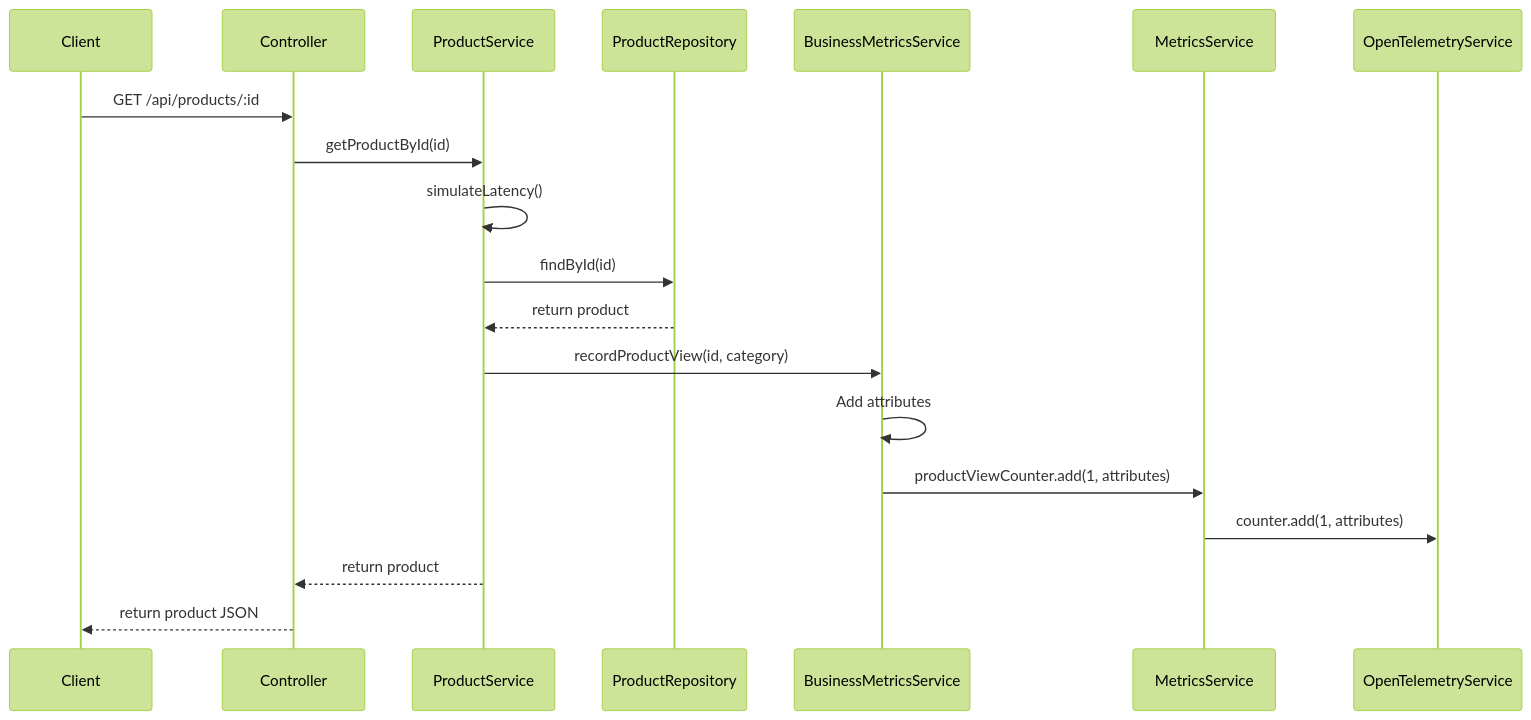
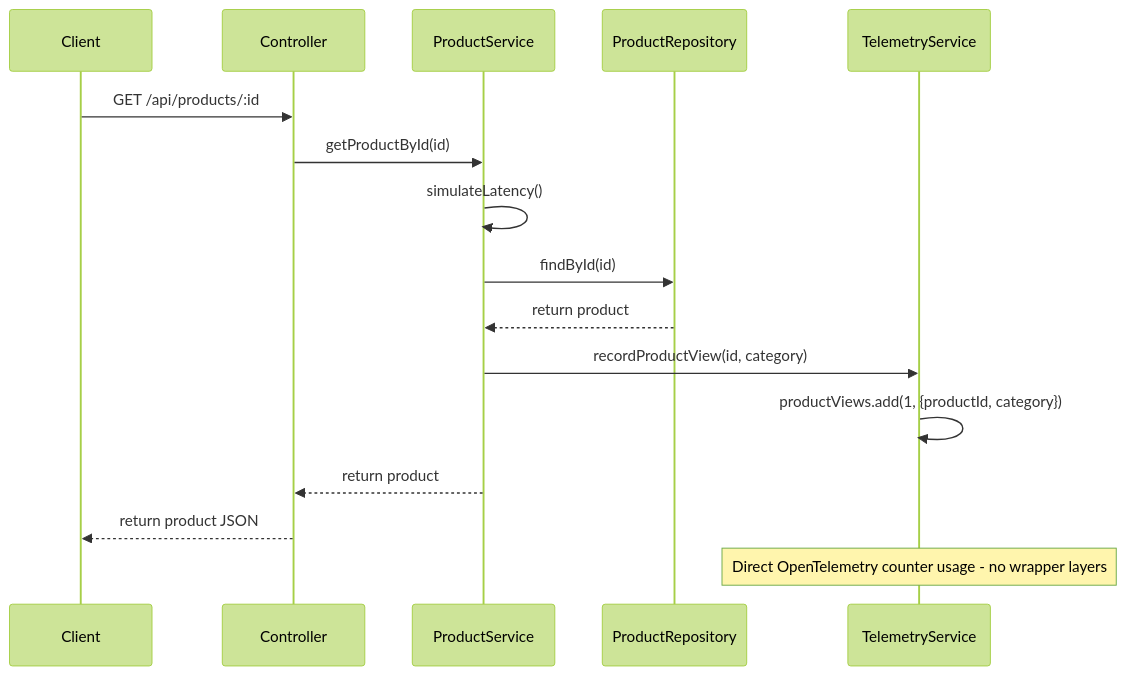
The fourth of 6 diagrams in docs/diagrams/sequence-diagrams.md (rswift/kleva-komputa), drawn with Mermaid (forest theme) before and after one commit. The commit also changed other lines of this file and 37 other files, not shown here.

````diff
--- a/docs/diagrams/sequence-diagrams.md
+++ b/docs/diagrams/sequence-diagrams.md
@@ -129,22 +114,20 @@
 ```mermaid
 sequenceDiagram
     participant Client
     participant Controller
     participant ProductService
     participant ProductRepository
-    participant BusinessMetricsService
-    participant MetricsService
-    participant OpenTelemetryService
+    participant TelemetryService
 
     Client->>Controller: GET /api/products/:id
     Controller->>ProductService: getProductById(id)
     ProductService->>ProductService: simulateLatency()
     ProductService->>ProductRepository: findById(id)
     ProductRepository-->>ProductService: return product
-    ProductService->>BusinessMetricsService: recordProductView(id, category)
-    BusinessMetricsService->>BusinessMetricsService: Add attributes
-    BusinessMetricsService->>MetricsService: productViewCounter.add(1, attributes)
-    MetricsService->>OpenTelemetryService: counter.add(1, attributes)
+    ProductService->>TelemetryService: recordProductView(id, category)
+    TelemetryService->>TelemetryService: productViews.add(1, {productId, category})
     ProductService-->>Controller: return product
     Controller-->>Client: return product JSON
+    
+    Note over TelemetryService: Direct OpenTelemetry counter usage - no wrapper layers
 ```
````
